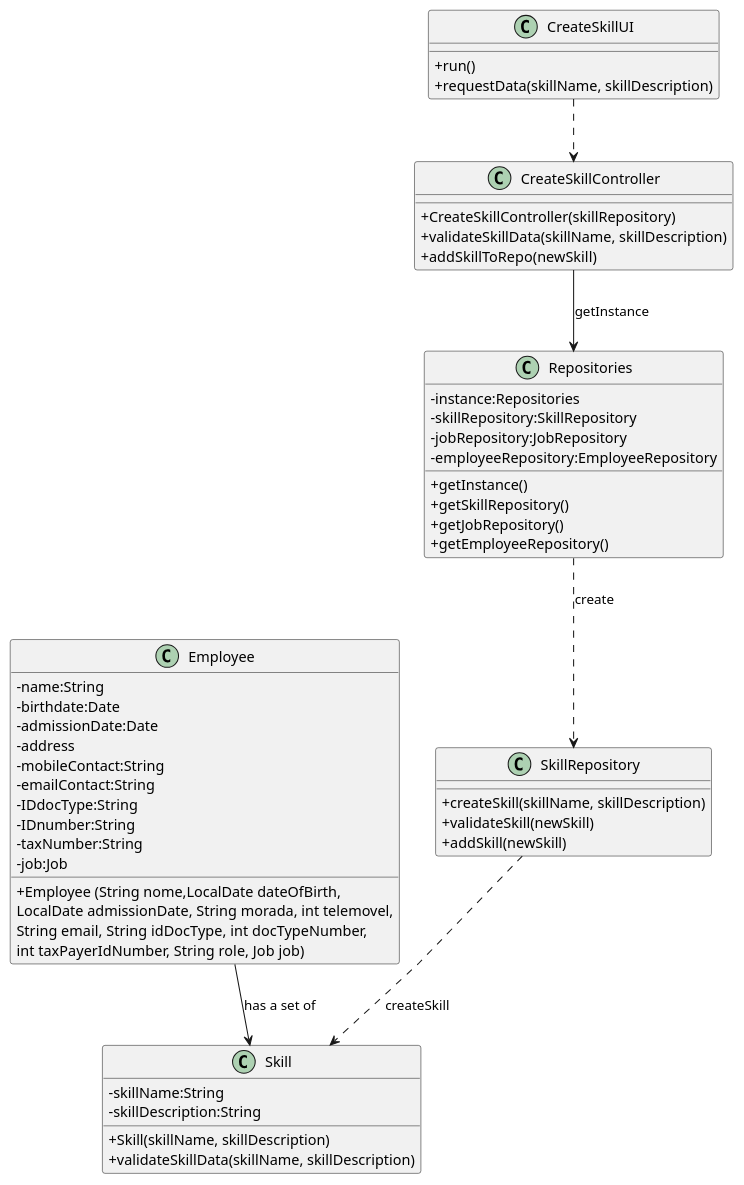
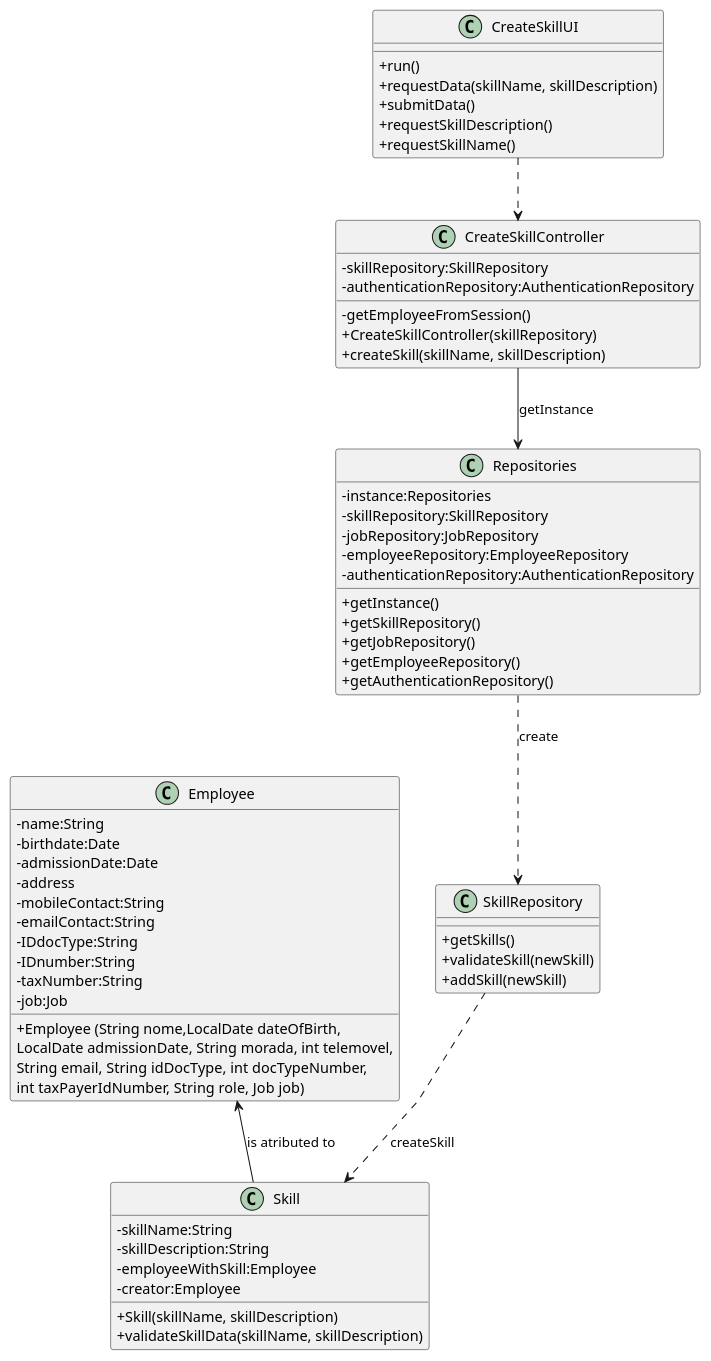
The diagram in docs/sprintB/us01/03.design/puml/us01-class-diagram.puml (Paulo-Pereira-at-ISEP/lei-24-s2-1nanb-g321), drawn with PlantUML before and after one commit.

Commit message:
LGGPM-116 - US01 - Design - Class diagram update

```diff
--- a/docs/sprintB/us01/03.design/puml/us01-class-diagram.puml
+++ b/docs/sprintB/us01/03.design/puml/us01-class-diagram.puml
@@ -1,75 +1,86 @@
 @startuml
 'skinparam monochrome true
 skinparam packageStyle rectangle
 skinparam shadowing false
 skinparam linetype polyline
 'skinparam linetype orto
 
 skinparam classAttributeIconSize 0
 
 'left to right direction
 
 class CreateSkillController {
+    -skillRepository:SkillRepository
+    -authenticationRepository:AuthenticationRepository
+
+
+    -getEmployeeFromSession()
     + CreateSkillController(skillRepository)
-    + validateSkillData(skillName, skillDescription)
-    + addSkillToRepo(newSkill)
+    + createSkill(skillName, skillDescription)
 
 }
 
 
 class CreateSkillUI {
     +run()
     +requestData(skillName, skillDescription)
+    +submitData()
+    +requestSkillDescription()
+    +requestSkillName()
 }
 
 
 class Employee{
     -name:String
     -birthdate:Date
     -admissionDate:Date
     -address
     -mobileContact:String
     -emailContact:String
     -IDdocType:String
     -IDnumber:String
     -taxNumber:String
     -job:Job
 
     +Employee (String nome,LocalDate dateOfBirth,\nLocalDate admissionDate, String morada, int telemovel,\nString email, String idDocType, int docTypeNumber,\nint taxPayerIdNumber, String role, Job job)
 }
 
 class Repositories{
     - instance:Repositories
     - skillRepository:SkillRepository
     - jobRepository:JobRepository
     - employeeRepository:EmployeeRepository
+    -authenticationRepository:AuthenticationRepository
 
 
     + getInstance()
     + getSkillRepository()
     + getJobRepository()
     + getEmployeeRepository()
+    + getAuthenticationRepository()
 }
 
 class SkillRepository{
-    + createSkill(skillName, skillDescription)
+    + getSkills()
     + validateSkill(newSkill)
     + addSkill(newSkill)
 }
 
 class Skill {
     -skillName:String
     -skillDescription:String
+    -employeeWithSkill:Employee
+    -creator:Employee
 
     +Skill(skillName, skillDescription)
     +validateSkillData(skillName, skillDescription)
 }
 
 CreateSkillUI ..> CreateSkillController
 
 CreateSkillController -->  Repositories : getInstance
 Repositories ..> SkillRepository : create
 SkillRepository ..> Skill : createSkill
-Employee --> Skill : has a set of
+Employee <-- Skill : is atributed to
 
 @enduml
```
